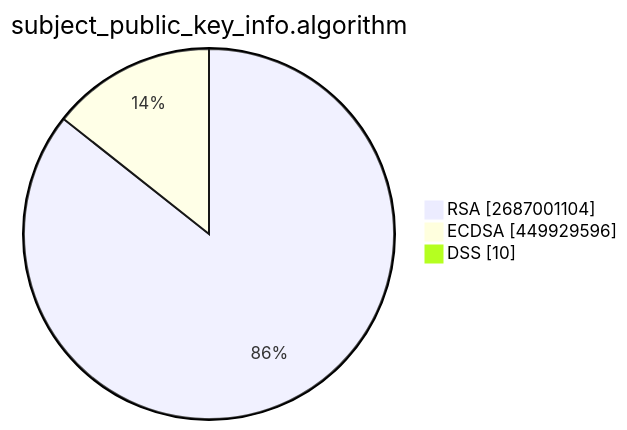
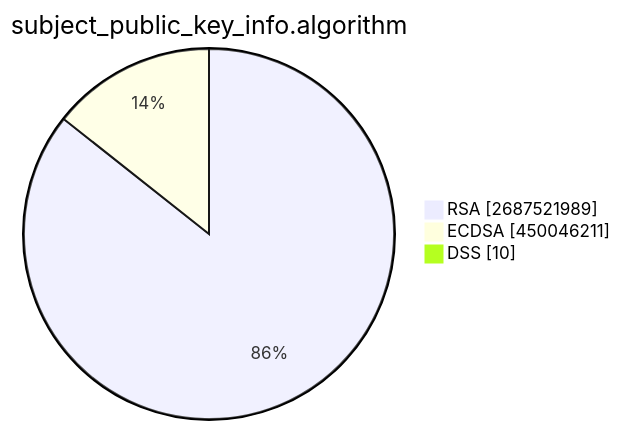
Before and after one commit to christiankrug/ctmonitor_visualization: the second of 15 diagrams in TOTAL/README.md, drawn with Mermaid. The commit also changed other lines of this file, not shown here.

````diff
--- a/TOTAL/README.md
+++ b/TOTAL/README.md
@@ -6,7 +6,7 @@
 ```mermaid
 pie showData
 title subject_public_key_info.algorithm
-"RSA" :2687001104
-"ECDSA" :449929596
+"RSA" :2687521989
+"ECDSA" :450046211
 "DSS" :10
 ```
````
